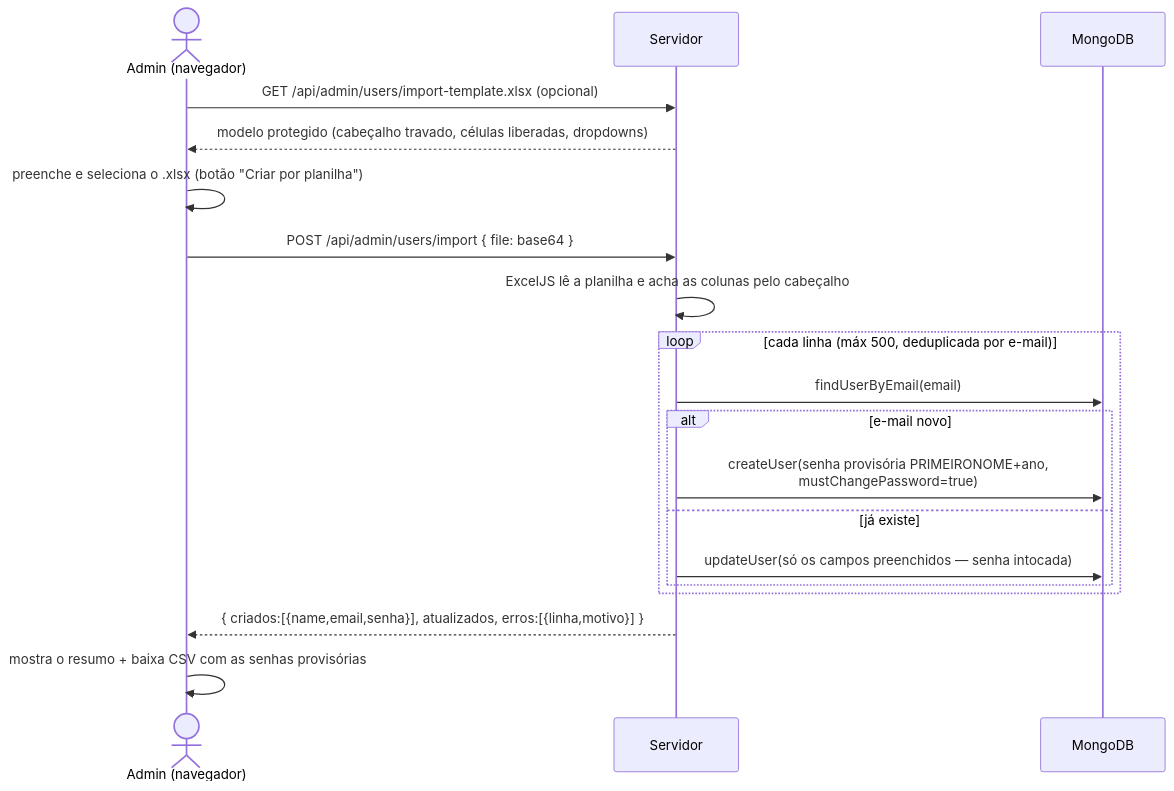
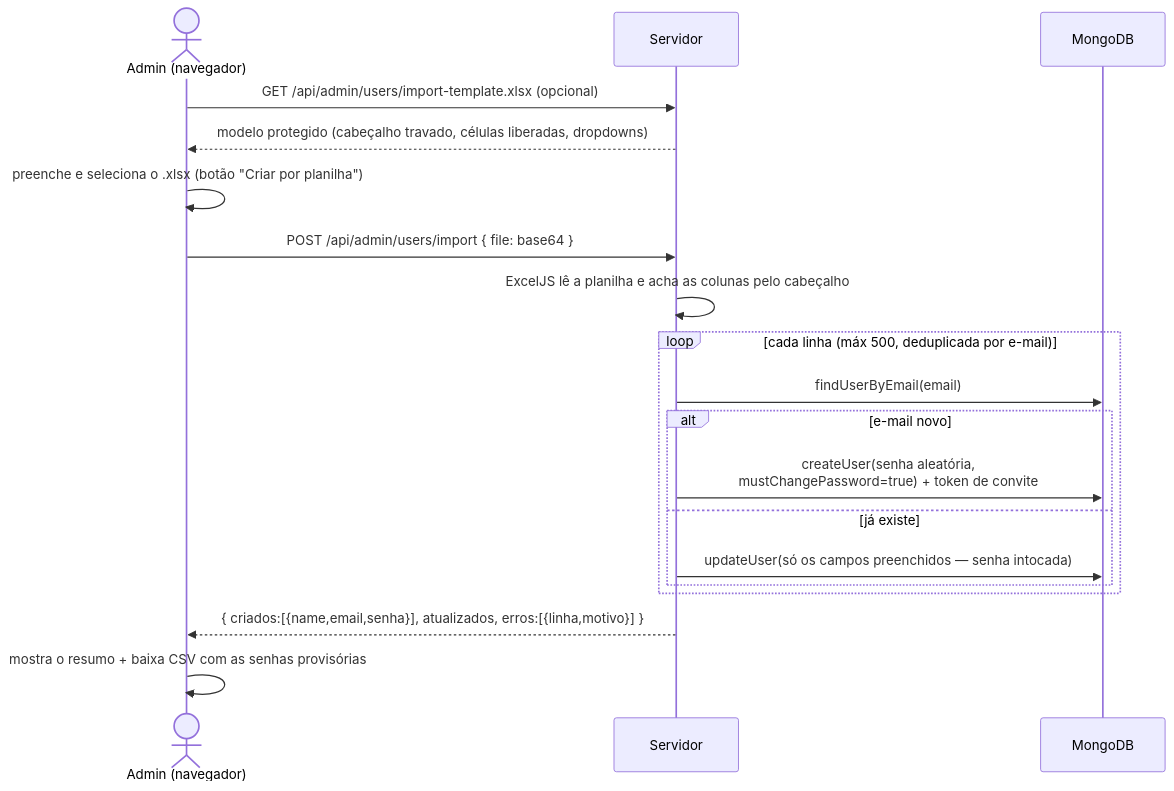
Before and after one commit to Vaniteux2006/pdv_memphis: the sixth of 6 diagrams in docs/05-sequencia.md, drawn with Mermaid. The commit also changed 8 other files, not shown here.

````diff
--- a/docs/05-sequencia.md
+++ b/docs/05-sequencia.md
@@ -114,21 +114,21 @@
 ```mermaid
 sequenceDiagram
   actor Ad as Admin (navegador)
   participant S as Servidor
   participant DB as MongoDB
   Ad->>S: GET /api/admin/users/import-template.xlsx (opcional)
   S-->>Ad: modelo protegido (cabeçalho travado, células liberadas, dropdowns)
   Ad->>Ad: preenche e seleciona o .xlsx (botão "Criar por planilha")
   Ad->>S: POST /api/admin/users/import { file: base64 }
   S->>S: ExcelJS lê a planilha e acha as colunas pelo cabeçalho
   loop cada linha (máx 500, deduplicada por e-mail)
     S->>DB: findUserByEmail(email)
     alt e-mail novo
-      S->>DB: createUser(senha provisória PRIMEIRONOME+ano,<br/>mustChangePassword=true)
+      S->>DB: createUser(senha aleatória,<br/>mustChangePassword=true) + token de convite
     else já existe
       S->>DB: updateUser(só os campos preenchidos — senha intocada)
     end
   end
   S-->>Ad: { criados:[{name,email,senha}], atualizados, erros:[{linha,motivo}] }
   Ad->>Ad: mostra o resumo + baixa CSV com as senhas provisórias
 ```
````
